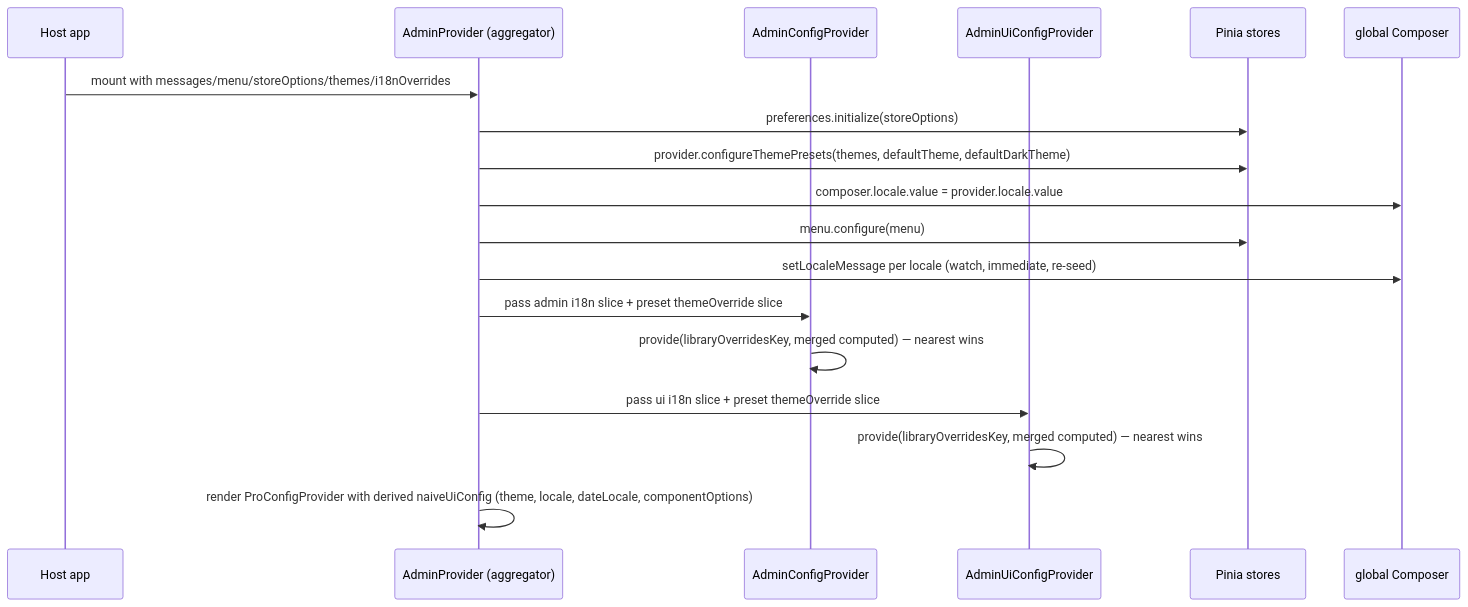
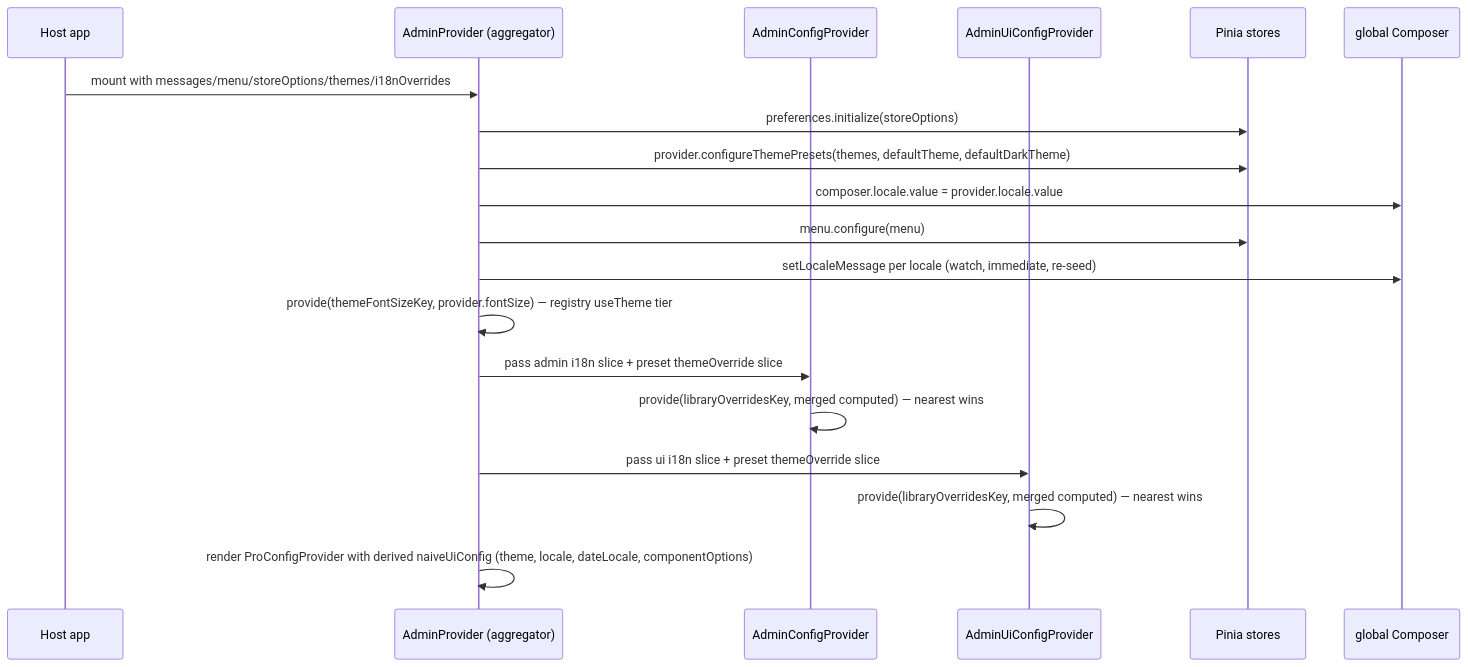
One commit to hechang27-sprt/noob-components-v2 changed the diagram in openwiki/packages/admin/provider.md. Above: the diagram before and after it, drawn with Mermaid. The commit also changed other lines of this file and 16 other files, not shown here.

````diff
--- a/openwiki/packages/admin/provider.md
+++ b/openwiki/packages/admin/provider.md
@@ -69,20 +74,21 @@
 ```mermaid
 sequenceDiagram
     participant H as Host app
     participant P as AdminProvider (aggregator)
     participant C as AdminConfigProvider
     participant U as AdminUiConfigProvider
     participant S as Pinia stores
     participant G as global Composer
     H->>P: mount with messages/menu/storeOptions/themes/i18nOverrides
     P->>S: preferences.initialize(storeOptions)
     P->>S: provider.configureThemePresets(themes, defaultTheme, defaultDarkTheme)
     P->>G: composer.locale.value = provider.locale.value
     P->>S: menu.configure(menu)
     P->>G: setLocaleMessage per locale (watch, immediate, re-seed)
+    P->>P: provide(themeFontSizeKey, provider.fontSize) — registry useTheme tier
     P->>C: pass admin i18n slice + preset themeOverride slice
     C->>C: provide(libraryOverridesKey, merged computed) — nearest wins
     P->>U: pass ui i18n slice + preset themeOverride slice
     U->>U: provide(libraryOverridesKey, merged computed) — nearest wins
     P->>P: render ProConfigProvider with derived naiveUiConfig (theme, locale, dateLocale, componentOptions)
 ```
````
